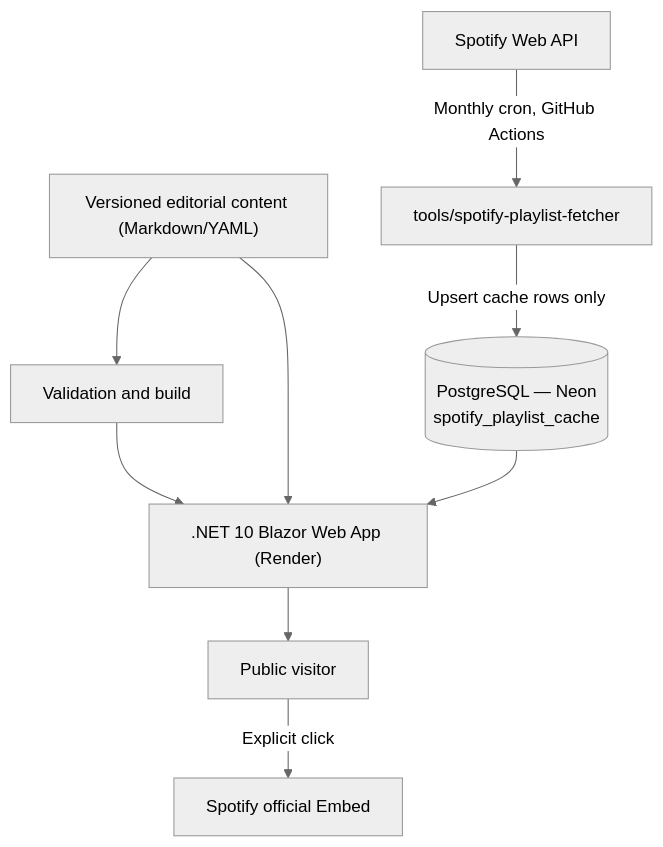
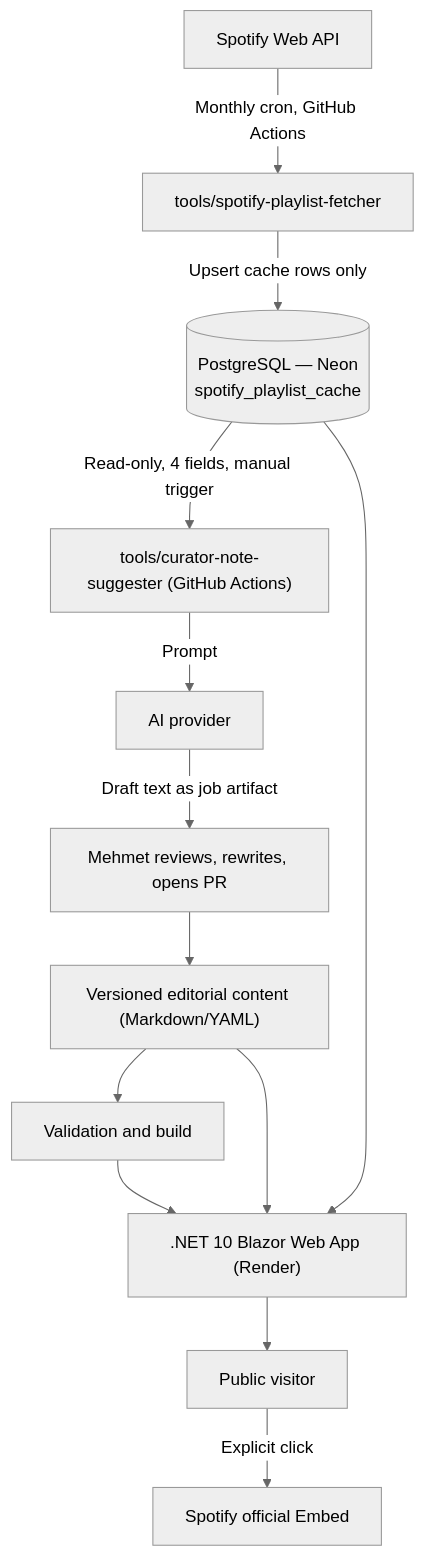
One commit to mehmetoya/thebluesland changed the diagram in docs/business-technical-specification.md. Above: the diagram before and after it, drawn with Mermaid (neutral theme). The commit also changed other lines of this file and 2 other files, not shown here.

First line of the commit message:
Narrow AI content boundary to permit curator-note draft suggestions (ADR-0005)

````diff
--- a/docs/business-technical-specification.md
+++ b/docs/business-technical-specification.md
@@ -557,12 +597,17 @@
 ```mermaid
 flowchart TD
     Content["Versioned editorial content (Markdown/YAML)"] --> Build["Validation and build"]
     Build --> Web[".NET 10 Blazor Web App (Render)"]
     Content --> Web
     DB[("PostgreSQL — Neon\nspotify_playlist_cache")] --> Web
     Web --> Visitor["Public visitor"]
     Visitor -->|"Explicit click"| Embed["Spotify official Embed"]
 
     SpotifyAPI["Spotify Web API"] -->|"Monthly cron, GitHub Actions"| Fetcher["tools/spotify-playlist-fetcher"]
     Fetcher -->|"Upsert cache rows only"| DB
+
+    DB -->|"Read-only, 4 fields, manual trigger"| Suggest["tools/curator-note-suggester (GitHub Actions)"]
+    Suggest -->|"Prompt"| AI["AI provider"]
+    AI -->|"Draft text as job artifact"| Mehmet["Mehmet reviews, rewrites, opens PR"]
+    Mehmet --> Content
 ```
````
